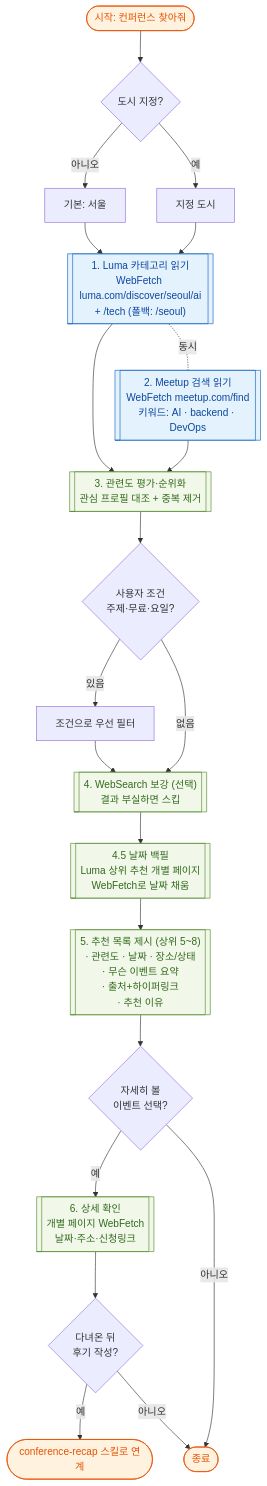
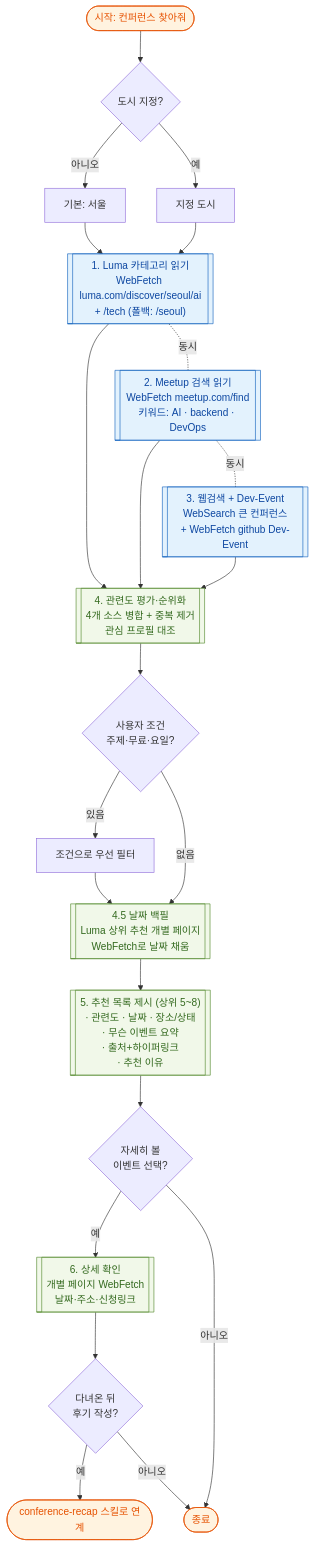
One commit to siontext/zion_market changed the diagram in plugins/conference-finder/skills/conference-finder/FLOW.md. Above: the diagram before and after it, drawn with Mermaid. The commit also changed 3 other files, not shown here.

````diff
--- a/plugins/conference-finder/skills/conference-finder/FLOW.md
+++ b/plugins/conference-finder/skills/conference-finder/FLOW.md
@@ -1,35 +1,36 @@
 ```mermaid
 flowchart TD
     A([시작: 컨퍼런스 찾아줘]) --> B{도시 지정?}
     B -- 아니오 --> C[기본: 서울]
     B -- 예 --> C2[지정 도시]
     C --> D
     C2 --> D
 
     D[["1. Luma 카테고리 읽기<br/>WebFetch luma.com/discover/seoul/ai<br/>+ /tech (폴백: /seoul)"]] --> F
     E[["2. Meetup 검색 읽기<br/>WebFetch meetup.com/find<br/>키워드: AI · backend · DevOps"]] --> F
+    W[["3. 웹검색 + Dev-Event<br/>WebSearch 큰 컨퍼런스<br/>+ WebFetch github Dev-Event"]] --> F
     D -.동시.- E
+    E -.동시.- W
 
-    F[["3. 관련도 평가·순위화<br/>관심 프로필 대조 + 중복 제거"]] --> G{"사용자 조건<br/>주제·무료·요일?"}
+    F[["4. 관련도 평가·순위화<br/>4개 소스 병합 + 중복 제거<br/>관심 프로필 대조"]] --> G{"사용자 조건<br/>주제·무료·요일?"}
     G -- 있음 --> H[조건으로 우선 필터]
-    G -- 없음 --> I
-    H --> I
+    G -- 없음 --> J
+    H --> J
 
-    I[["4. WebSearch 보강 (선택)<br/>결과 부실하면 스킵"]] --> J
     J[["4.5 날짜 백필<br/>Luma 상위 추천 개별 페이지<br/>WebFetch로 날짜 채움"]] --> K
 
     K[["5. 추천 목록 제시 (상위 5~8)<br/>· 관련도 · 날짜 · 장소/상태<br/>· 무슨 이벤트 요약<br/>· 출처+하이퍼링크<br/>· 추천 이유"]] --> L{자세히 볼<br/>이벤트 선택?}
 
     L -- 예 --> M[["6. 상세 확인<br/>개별 페이지 WebFetch<br/>날짜·주소·신청링크"]]
     L -- 아니오 --> N([종료])
     M --> O{다녀온 뒤<br/>후기 작성?}
     O -- 예 --> P([conference-recap 스킬로 연계])
     O -- 아니오 --> N
 
     classDef src fill:#e3f2fd,stroke:#1565c0,color:#0d47a1;
     classDef step fill:#f1f8e9,stroke:#558b2f,color:#33691e;
     classDef done fill:#fff3e0,stroke:#e65100,color:#e65100;
-    class D,E src;
-    class F,I,J,K,M step;
+    class D,E,W src;
+    class F,J,K,M step;
     class A,N,P done;
 ```
````
